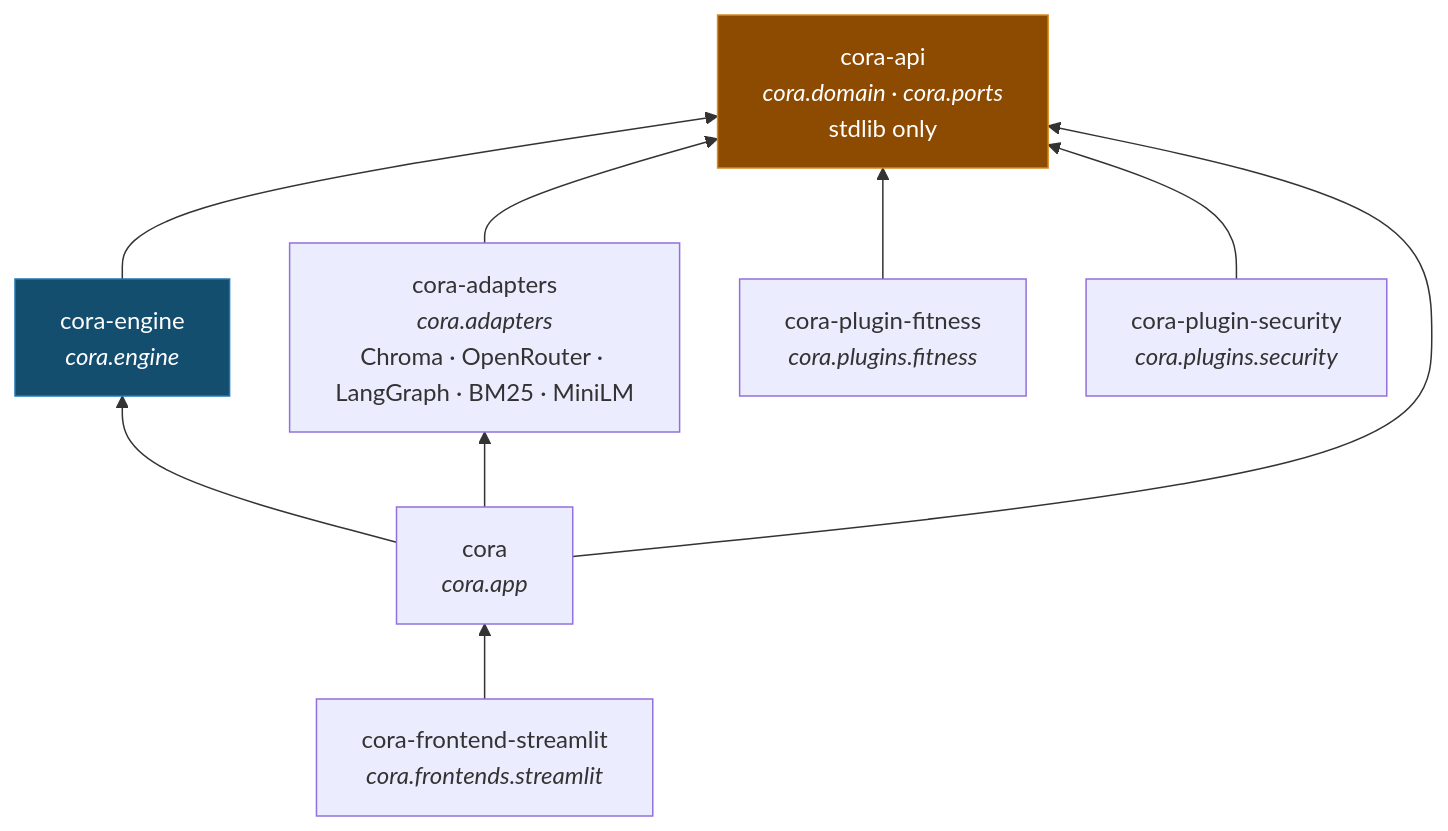
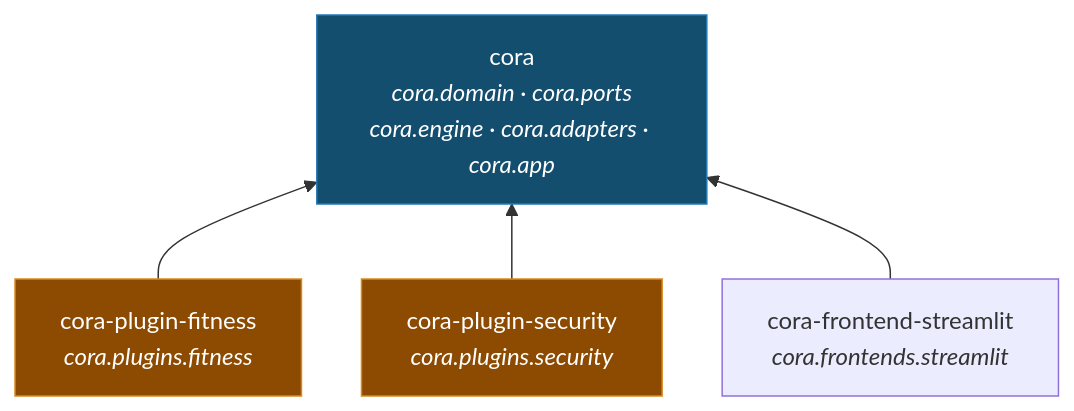
One commit to aschog/cora changed the second of 2 diagrams in docs/big-picture.md. Above: the diagram before and after it, drawn with Mermaid. The commit also changed other lines of this file and 191 other files, not shown here.

````diff
--- a/docs/big-picture.md
+++ b/docs/big-picture.md
@@ -142,25 +135,17 @@
 ```mermaid
 %%{init: {"flowchart": {"nodeSpacing": 40, "rankSpacing": 50, "curve": "basis"}}}%%
 flowchart BT
-  api["cora-api<br/><i>cora.domain · cora.ports</i><br/>stdlib only"]
-  engine["cora-engine<br/><i>cora.engine</i>"]
-  adapters["cora-adapters<br/><i>cora.adapters</i><br/>Chroma · OpenRouter · LangGraph · BM25 · MiniLM"]
-  app["cora<br/><i>cora.app</i>"]
+  app["cora<br/><i>cora.domain · cora.ports</i><br/><i>cora.engine · cora.adapters · cora.app</i>"]
   fitness["cora-plugin-fitness<br/><i>cora.plugins.fitness</i>"]
   security["cora-plugin-security<br/><i>cora.plugins.security</i>"]
   shell["cora-frontend-streamlit<br/><i>cora.frontends.streamlit</i>"]
 
-  engine --> api
-  adapters --> api
-  fitness --> api
-  security --> api
-  app --> api
-  app --> engine
-  app --> adapters
+  fitness --> app
+  security --> app
   shell --> app
 
   classDef contract fill:#8c4b00,stroke:#d98a1f,color:#fff;
   classDef logic fill:#134e6f,stroke:#1f78b4,color:#fff;
-  class api contract;
-  class engine logic;
+  class app logic;
+  class fitness,security contract;
 ```
````
